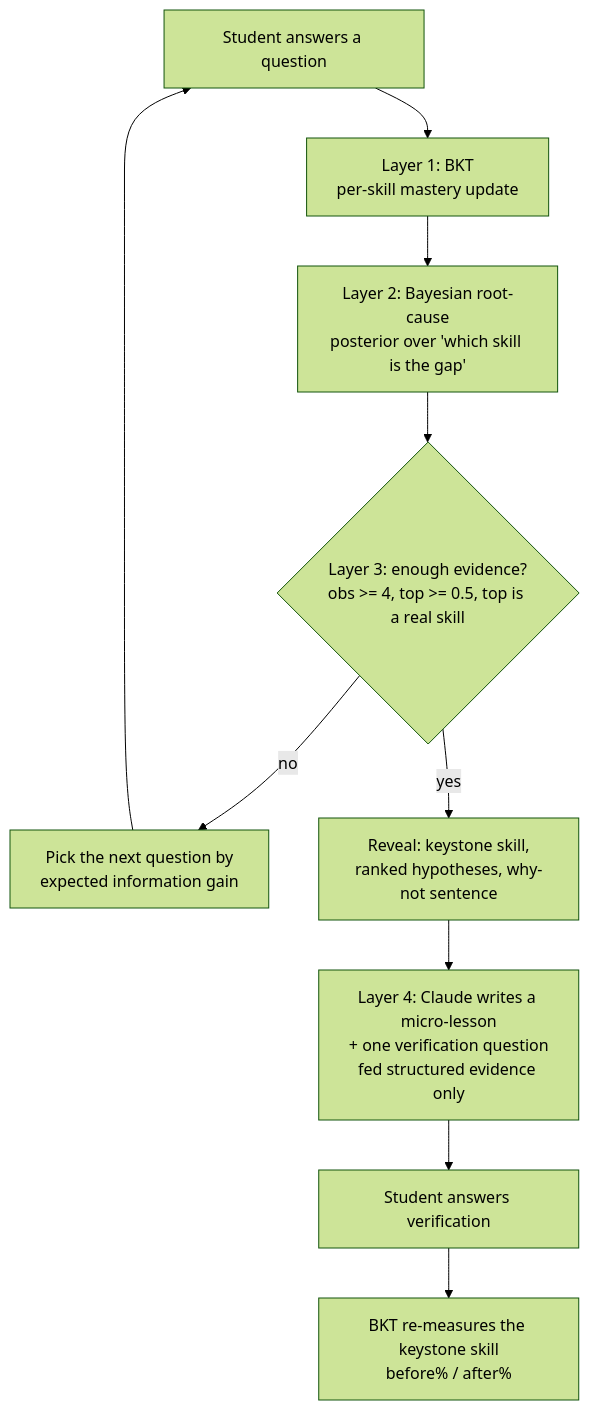
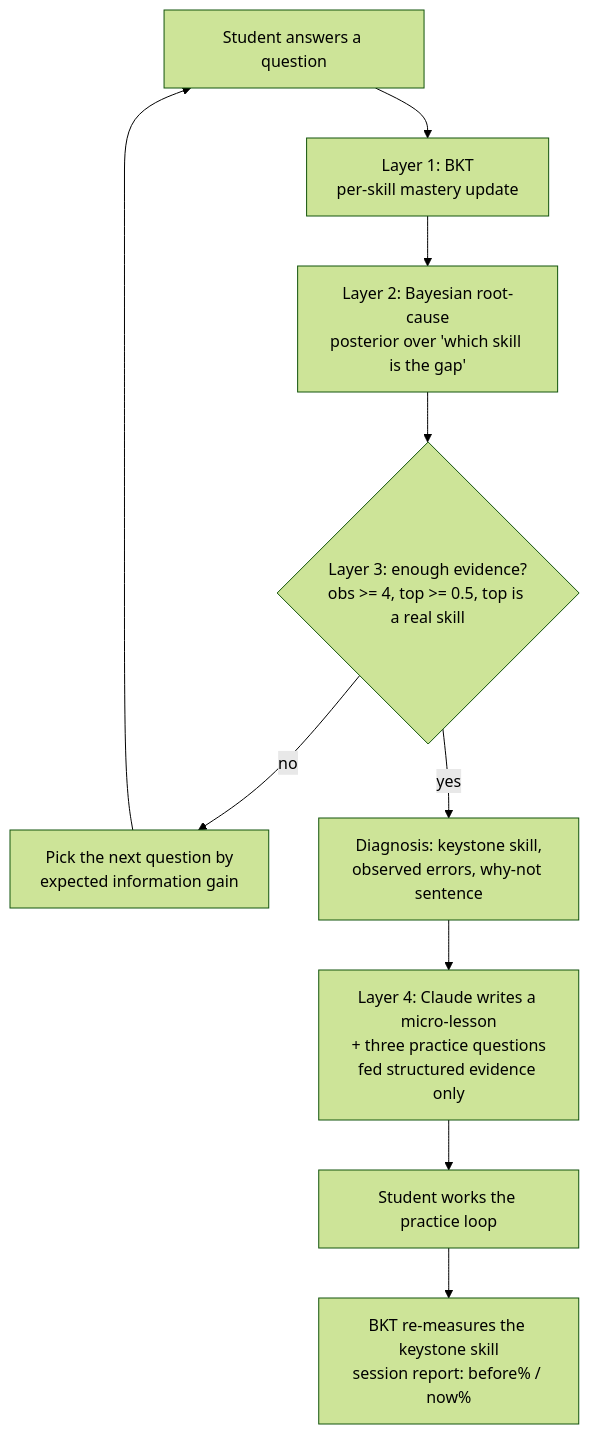
Before and after one commit to porth-bot/keystone: the diagram in docs/architecture.md, drawn with Mermaid (forest theme). The commit also changed 10 other files, not shown here.

First line of the commit message:
Refresh docs and screenshots for the full app flow

````diff
--- a/docs/architecture.md
+++ b/docs/architecture.md
@@ -6,12 +6,12 @@
 ```mermaid
 flowchart TD
     A[Student answers a question] --> B[Layer 1: BKT<br/>per-skill mastery update]
     B --> C[Layer 2: Bayesian root-cause<br/>posterior over 'which skill is the gap']
     C --> D{Layer 3: enough evidence?<br/>obs >= 4, top >= 0.5, top is a real skill}
     D -- no --> E[Pick the next question by<br/>expected information gain]
     E --> A
-    D -- yes --> F[Reveal: keystone skill,<br/>ranked hypotheses, why-not sentence]
-    F --> G[Layer 4: Claude writes a micro-lesson<br/>+ one verification question<br/>fed structured evidence only]
-    G --> H[Student answers verification]
-    H --> I[BKT re-measures the keystone skill<br/>before% / after%]
+    D -- yes --> F[Diagnosis: keystone skill,<br/>observed errors, why-not sentence]
+    F --> G[Layer 4: Claude writes a micro-lesson<br/>+ three practice questions<br/>fed structured evidence only]
+    G --> H[Student works the practice loop]
+    H --> I[BKT re-measures the keystone skill<br/>session report: before% / now%]
 ```
````
